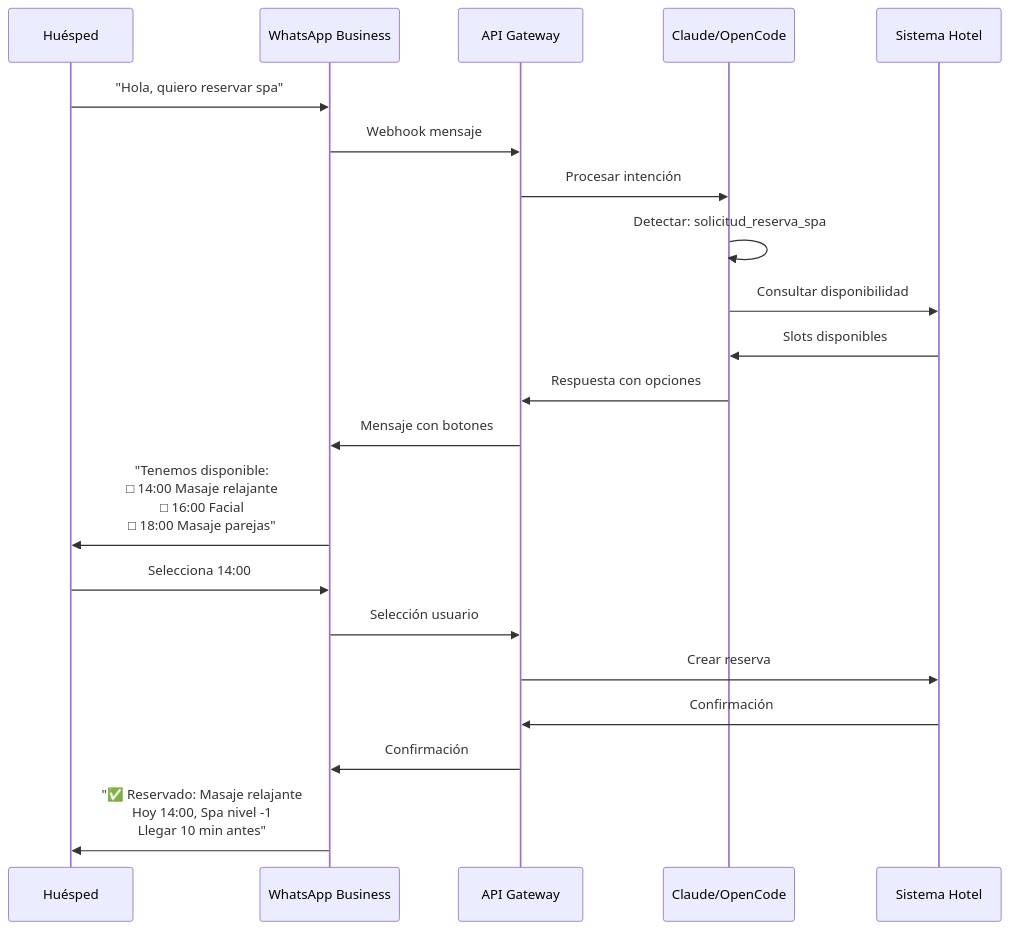
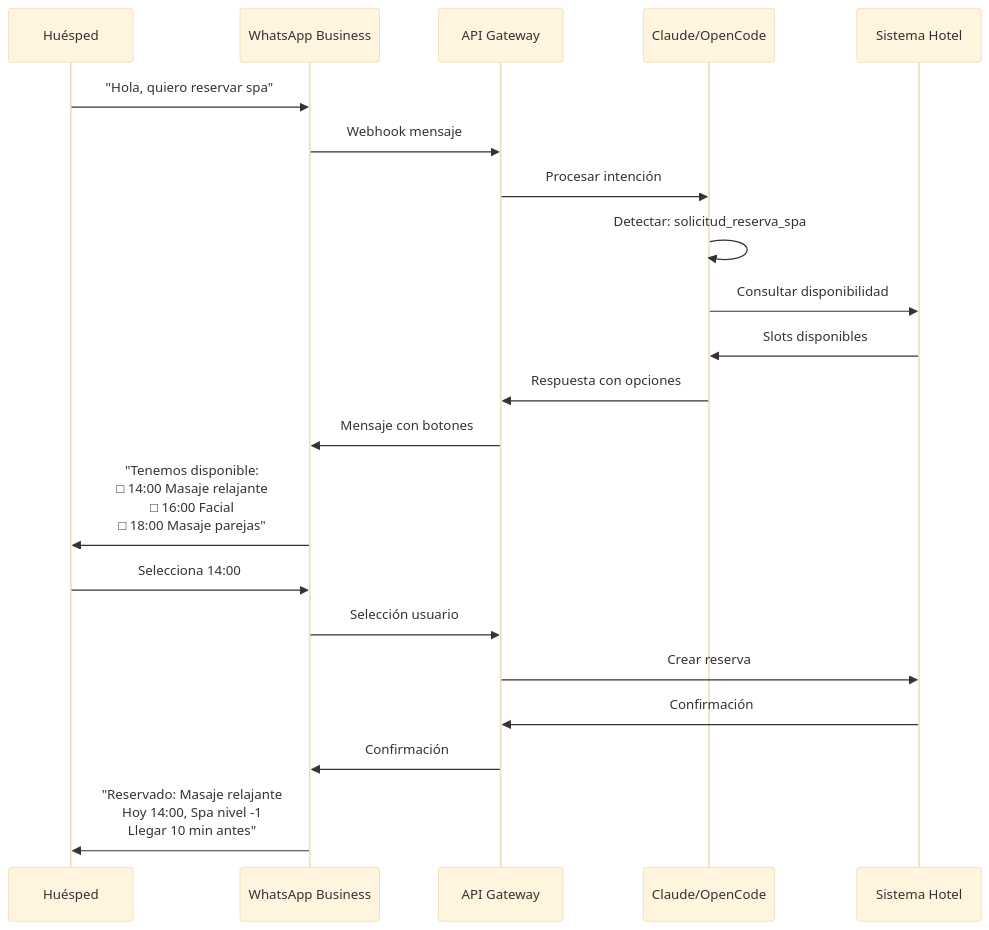
One commit to Ai-Whisperers/Courses-Content changed the sixth of 9 diagrams in courses/🟡-development/FPUNA-2026/06-HOSPITALIDAD-TURISMO/01-servicio-cliente-ia.md. Above: the diagram before and after it, drawn with Mermaid. The commit also changed other lines of this file and 47 other files, not shown here.

First line of the commit message:
fix: Make all 473 diagrams WCAG AAA accessible (FPUNA-2026)

````diff
--- a/courses/🟡-development/FPUNA-2026/06-HOSPITALIDAD-TURISMO/01-servicio-cliente-ia.md
+++ b/courses/🟡-development/FPUNA-2026/06-HOSPITALIDAD-TURISMO/01-servicio-cliente-ia.md
@@ -284,24 +289,25 @@
 ```mermaid
+%%{init: {'theme':'base', 'themeVariables': {'fontSize':'18px'}}}%%
 sequenceDiagram
     participant H as Huésped
     participant WA as WhatsApp Business
     participant API as API Gateway
     participant AI as Claude/OpenCode
     participant PMS as Sistema Hotel
 
     H->>WA: "Hola, quiero reservar spa"
     WA->>API: Webhook mensaje
     API->>AI: Procesar intención
     AI->>AI: Detectar: solicitud_reserva_spa
     AI->>PMS: Consultar disponibilidad
     PMS->>AI: Slots disponibles
     AI->>API: Respuesta con opciones
     API->>WA: Mensaje con botones
     WA->>H: "Tenemos disponible:<br/>□ 14:00 Masaje relajante<br/>□ 16:00 Facial<br/>□ 18:00 Masaje parejas"
     H->>WA: Selecciona 14:00
     WA->>API: Selección usuario
     API->>PMS: Crear reserva
     PMS->>API: Confirmación
     API->>WA: Confirmación
-    WA->>H: "✅ Reservado: Masaje relajante<br/>Hoy 14:00, Spa nivel -1<br/>Llegar 10 min antes"
+    WA->>H: "Reservado: Masaje relajante<br/>Hoy 14:00, Spa nivel -1<br/>Llegar 10 min antes"
 ```
````
